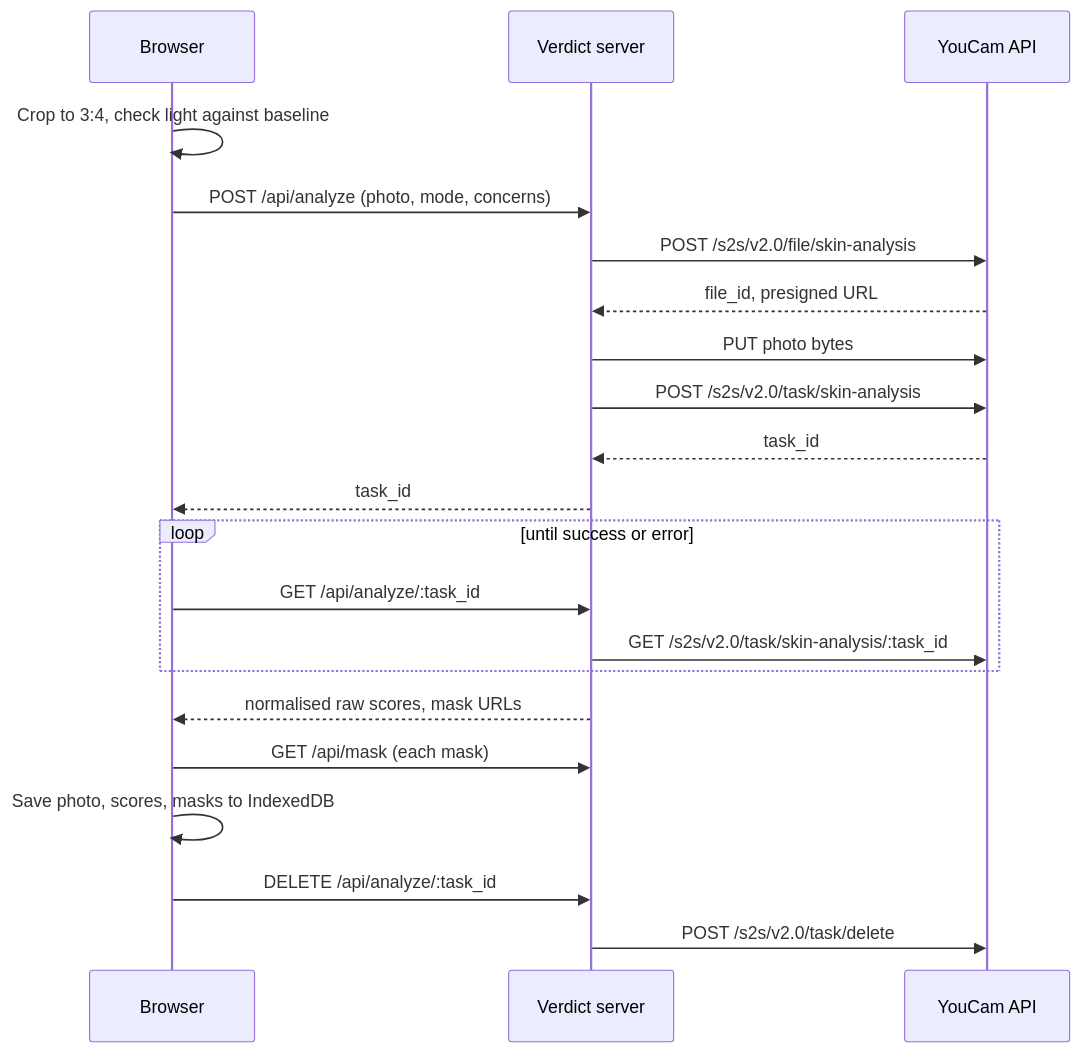
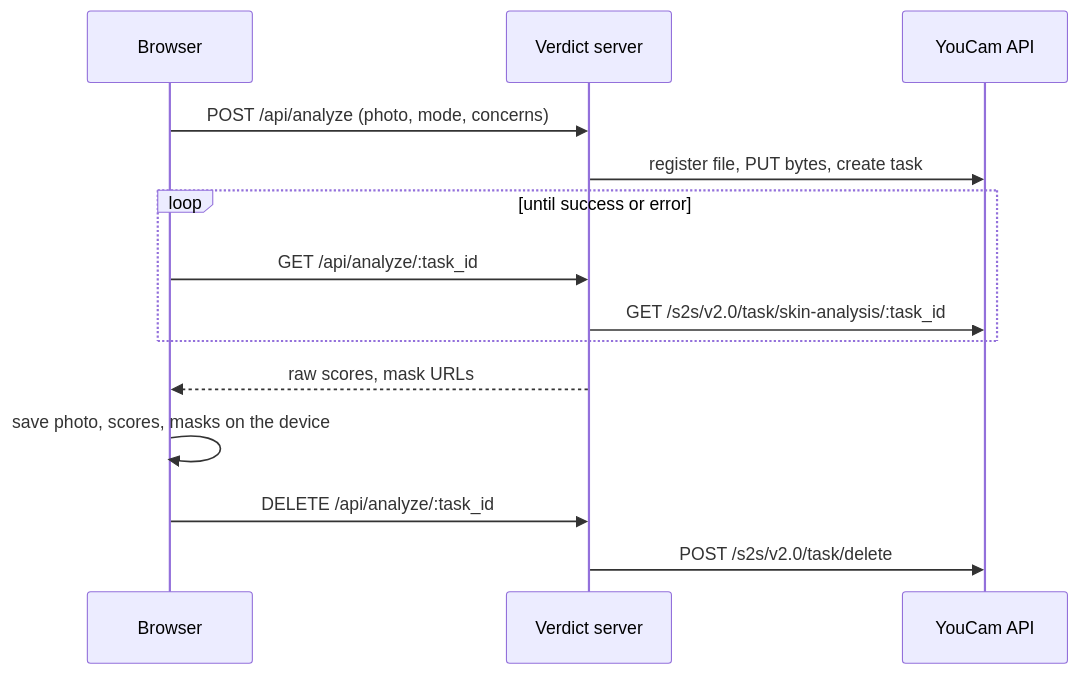
The diagram in README.md (opeblow/verdict), drawn with Mermaid before and after one commit. The commit also changed other lines of this file and 14 other files, not shown here.

````diff
--- a/README.md
+++ b/README.md
@@ -228,23 +184,16 @@
 ```mermaid
 sequenceDiagram
   participant B as Browser
   participant S as Verdict server
   participant Y as YouCam API
-  B->>B: Crop to 3:4, check light against baseline
   B->>S: POST /api/analyze (photo, mode, concerns)
-  S->>Y: POST /s2s/v2.0/file/skin-analysis
-  Y-->>S: file_id, presigned URL
-  S->>Y: PUT photo bytes
-  S->>Y: POST /s2s/v2.0/task/skin-analysis
-  Y-->>S: task_id
-  S-->>B: task_id
+  S->>Y: register file, PUT bytes, create task
   loop until success or error
     B->>S: GET /api/analyze/:task_id
     S->>Y: GET /s2s/v2.0/task/skin-analysis/:task_id
   end
-  S-->>B: normalised raw scores, mask URLs
-  B->>S: GET /api/mask (each mask)
-  B->>B: Save photo, scores, masks to IndexedDB
+  S-->>B: raw scores, mask URLs
+  B->>B: save photo, scores, masks on the device
   B->>S: DELETE /api/analyze/:task_id
   S->>Y: POST /s2s/v2.0/task/delete
 ```
````
